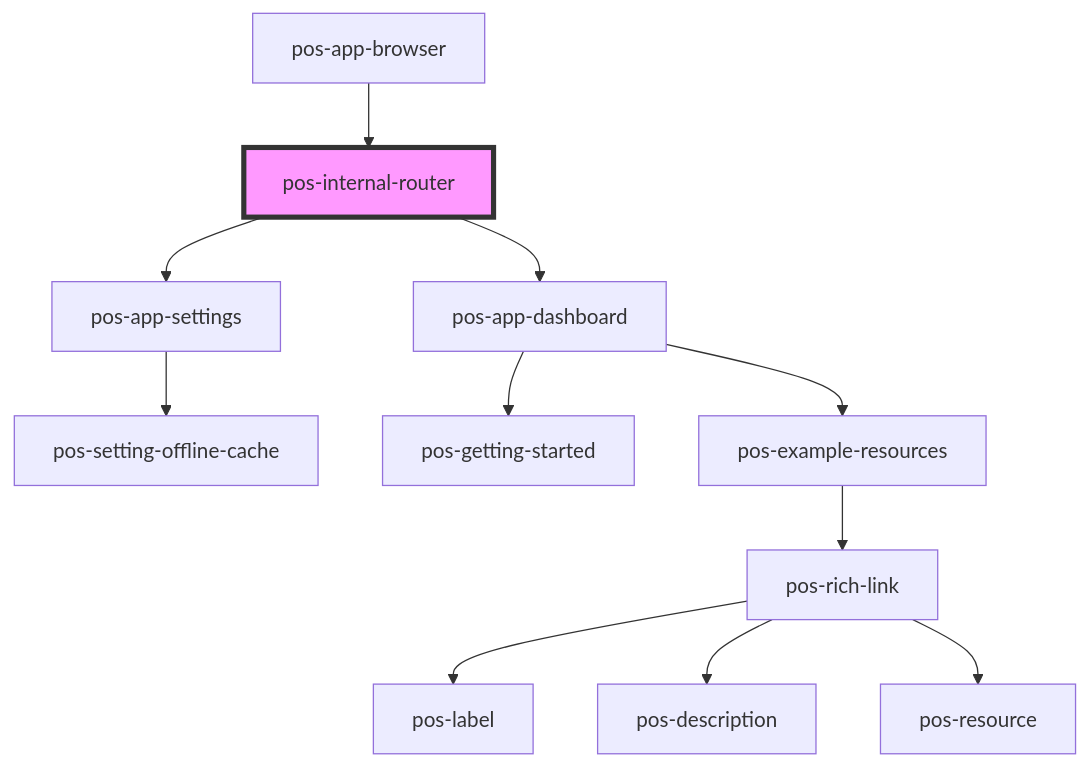
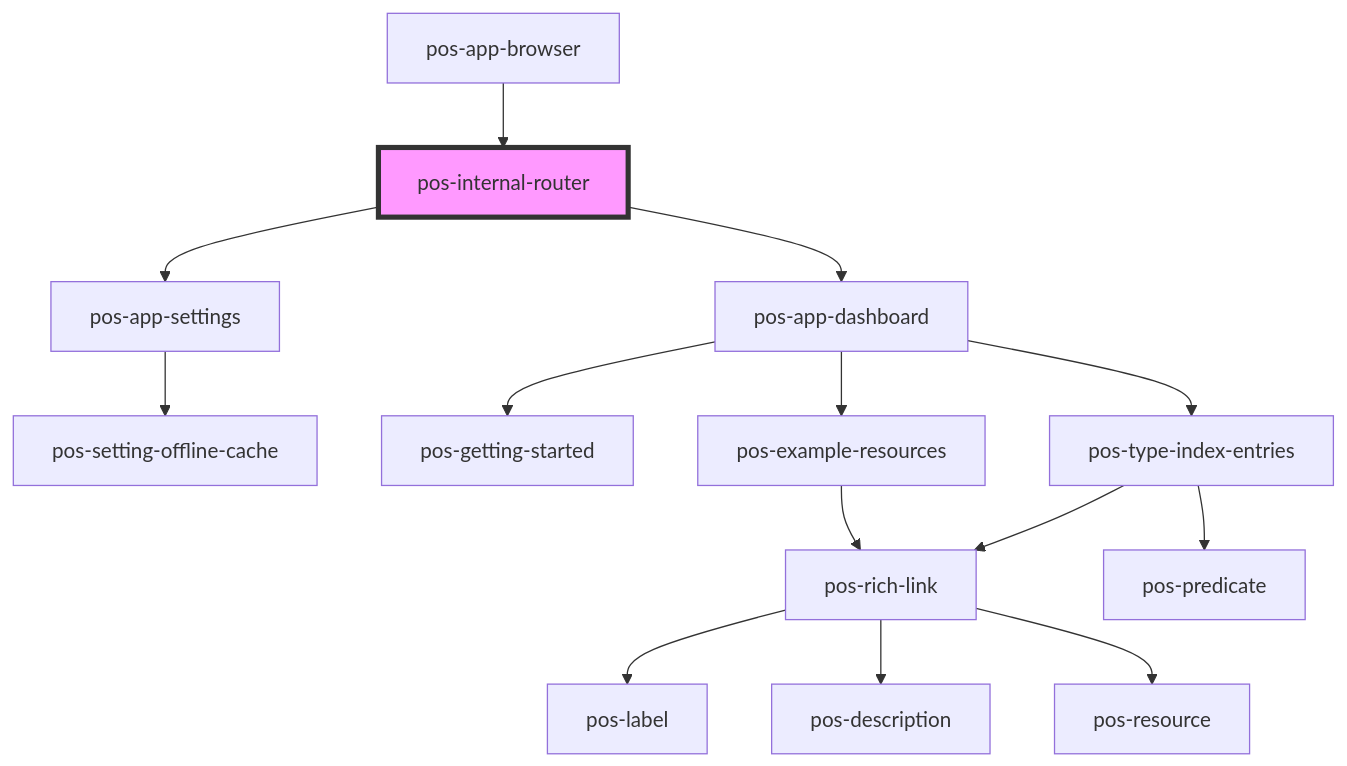
The diagram in docs/elements/components/pos-internal-router/readme.md (pod-os/PodOS), drawn with Mermaid before and after one commit. The commit also changed 8 other files, not shown here.

````diff
--- a/docs/elements/components/pos-internal-router/readme.md
+++ b/docs/elements/components/pos-internal-router/readme.md
@@ -25,14 +25,17 @@
 ```mermaid
 graph TD;
   pos-internal-router --> pos-app-settings
   pos-internal-router --> pos-app-dashboard
   pos-app-settings --> pos-setting-offline-cache
   pos-app-dashboard --> pos-getting-started
   pos-app-dashboard --> pos-example-resources
+  pos-app-dashboard --> pos-type-index-entries
   pos-example-resources --> pos-rich-link
   pos-rich-link --> pos-label
   pos-rich-link --> pos-description
   pos-rich-link --> pos-resource
+  pos-type-index-entries --> pos-predicate
+  pos-type-index-entries --> pos-rich-link
   pos-app-browser --> pos-internal-router
   style pos-internal-router fill:#f9f,stroke:#333,stroke-width:4px
 ```
````
